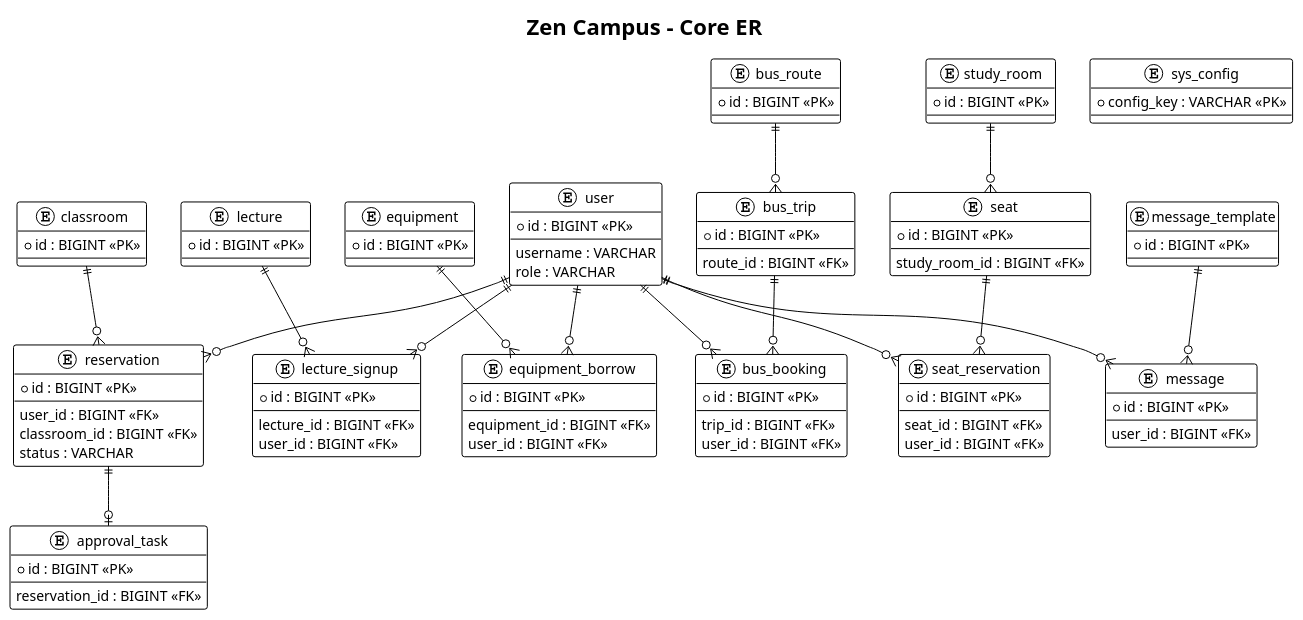
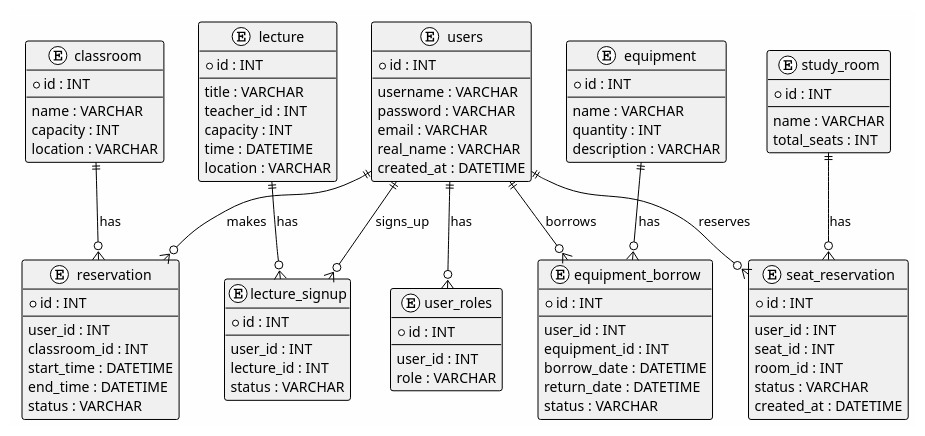
The diagram in report/result/charts/03_Database_ER.puml (ooyyh/zen), drawn with PlantUML before and after one commit. The commit also changed 40 other files, not shown here.

```diff
--- a/report/result/charts/03_Database_ER.puml
+++ b/report/result/charts/03_Database_ER.puml
@@ -1,123 +1,104 @@
-@startuml Database ER
+@startuml Database_ER
 !theme plain
-skinparam backgroundColor #FFFFFF
+skinparam backgroundColor #FEFEFE
+skinparam classBackgroundColor #F0F0F0
 
-title Zen Campus - Core ER
-
-entity user {
-  * id : BIGINT <<PK>>
+entity "users" {
+  * id : INT
   --
   username : VARCHAR
+  password : VARCHAR
+  email : VARCHAR
+  real_name : VARCHAR
+  created_at : DATETIME
+}
+
+entity "user_roles" {
+  * id : INT
+  --
+  user_id : INT
   role : VARCHAR
 }
 
-entity classroom {
-  * id : BIGINT <<PK>>
+entity "classroom" {
+  * id : INT
+  --
+  name : VARCHAR
+  capacity : INT
+  location : VARCHAR
 }
 
-entity reservation {
-  * id : BIGINT <<PK>>
+entity "reservation" {
+  * id : INT
   --
-  user_id : BIGINT <<FK>>
-  classroom_id : BIGINT <<FK>>
+  user_id : INT
+  classroom_id : INT
+  start_time : DATETIME
+  end_time : DATETIME
   status : VARCHAR
 }
 
-entity approval_task {
-  * id : BIGINT <<PK>>
+entity "equipment" {
+  * id : INT
   --
-  reservation_id : BIGINT <<FK>>
+  name : VARCHAR
+  quantity : INT
+  description : VARCHAR
 }
 
-entity lecture {
-  * id : BIGINT <<PK>>
+entity "equipment_borrow" {
+  * id : INT
+  --
+  user_id : INT
+  equipment_id : INT
+  borrow_date : DATETIME
+  return_date : DATETIME
+  status : VARCHAR
 }
 
-entity lecture_signup {
-  * id : BIGINT <<PK>>
+entity "lecture" {
+  * id : INT
   --
-  lecture_id : BIGINT <<FK>>
-  user_id : BIGINT <<FK>>
+  title : VARCHAR
+  teacher_id : INT
+  capacity : INT
+  time : DATETIME
+  location : VARCHAR
 }
 
-entity equipment {
-  * id : BIGINT <<PK>>
+entity "lecture_signup" {
+  * id : INT
+  --
+  user_id : INT
+  lecture_id : INT
+  status : VARCHAR
 }
 
-entity equipment_borrow {
-  * id : BIGINT <<PK>>
+entity "study_room" {
+  * id : INT
   --
-  equipment_id : BIGINT <<FK>>
-  user_id : BIGINT <<FK>>
+  name : VARCHAR
+  total_seats : INT
 }
 
-entity bus_route {
-  * id : BIGINT <<PK>>
+entity "seat_reservation" {
+  * id : INT
+  --
+  user_id : INT
+  seat_id : INT
+  room_id : INT
+  status : VARCHAR
+  created_at : DATETIME
 }
 
-entity bus_trip {
-  * id : BIGINT <<PK>>
-  --
-  route_id : BIGINT <<FK>>
-}
-
-entity bus_booking {
-  * id : BIGINT <<PK>>
-  --
-  trip_id : BIGINT <<FK>>
-  user_id : BIGINT <<FK>>
-}
-
-entity study_room {
-  * id : BIGINT <<PK>>
-}
-
-entity seat {
-  * id : BIGINT <<PK>>
-  --
-  study_room_id : BIGINT <<FK>>
-}
-
-entity seat_reservation {
-  * id : BIGINT <<PK>>
-  --
-  seat_id : BIGINT <<FK>>
-  user_id : BIGINT <<FK>>
-}
-
-entity message_template {
-  * id : BIGINT <<PK>>
-}
-
-entity message {
-  * id : BIGINT <<PK>>
-  --
-  user_id : BIGINT <<FK>>
-}
-
-entity sys_config {
-  * config_key : VARCHAR <<PK>>
-}
-
-user ||--o{ reservation
-classroom ||--o{ reservation
-reservation ||--o| approval_task
-
-lecture ||--o{ lecture_signup
-user ||--o{ lecture_signup
-
-equipment ||--o{ equipment_borrow
-user ||--o{ equipment_borrow
-
-bus_route ||--o{ bus_trip
-bus_trip ||--o{ bus_booking
-user ||--o{ bus_booking
-
-study_room ||--o{ seat
-seat ||--o{ seat_reservation
-user ||--o{ seat_reservation
-
-message_template ||--o{ message
-user ||--o{ message
+users ||--o{ user_roles : has
+users ||--o{ reservation : makes
+users ||--o{ equipment_borrow : borrows
+users ||--o{ lecture_signup : signs_up
+users ||--o{ seat_reservation : reserves
+classroom ||--o{ reservation : has
+equipment ||--o{ equipment_borrow : has
+lecture ||--o{ lecture_signup : has
+study_room ||--o{ seat_reservation : has
 
 @enduml
```
